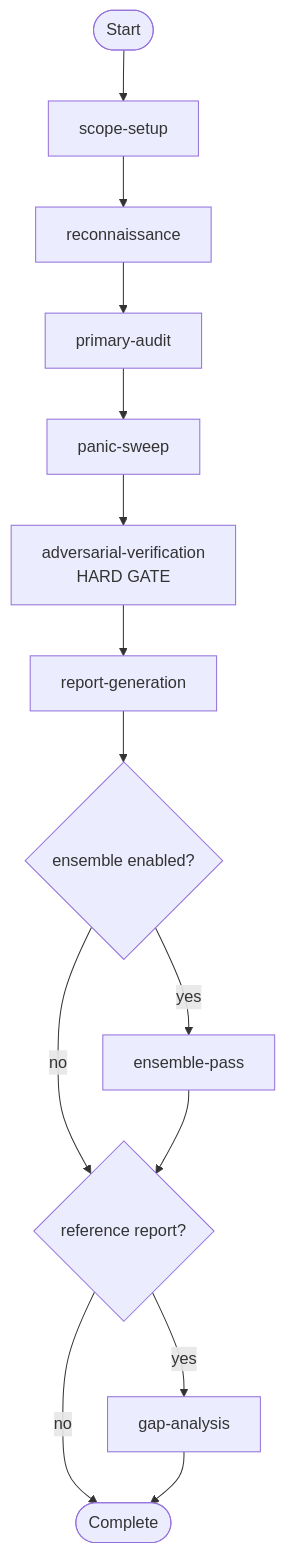
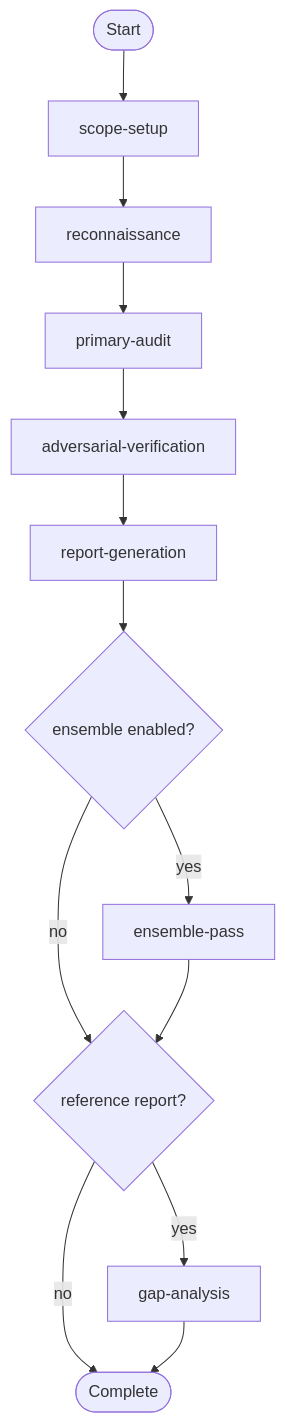
Before and after one commit to m2ux/workflow-server: the first of 2 diagrams in substrate-node-security-audit/README.md, drawn with Mermaid. The commit also changed other lines of this file and 9 other files, not shown here.

First line of the commit message:
feat(audit): add workflow-directed sub-agent activities and structured output schema

````diff
--- a/substrate-node-security-audit/README.md
+++ b/substrate-node-security-audit/README.md
@@ -66,16 +63,15 @@
 ```mermaid
 graph TD
     Start([Start]) --> SS[scope-setup]
     SS --> REC[reconnaissance]
     REC --> PA[primary-audit]
-    PA --> PS[panic-sweep]
-    PS --> AV[adversarial-verification<br/>HARD GATE]
+    PA --> AV[adversarial-verification]
     AV --> RG[report-generation]
     RG --> DEC1{ensemble enabled?}
     DEC1 -->|yes| EP[ensemble-pass]
     DEC1 -->|no| DEC2{reference report?}
     EP --> DEC2
     DEC2 -->|yes| GA[gap-analysis]
     DEC2 -->|no| Done([Complete])
     GA --> Done
 ```
````
